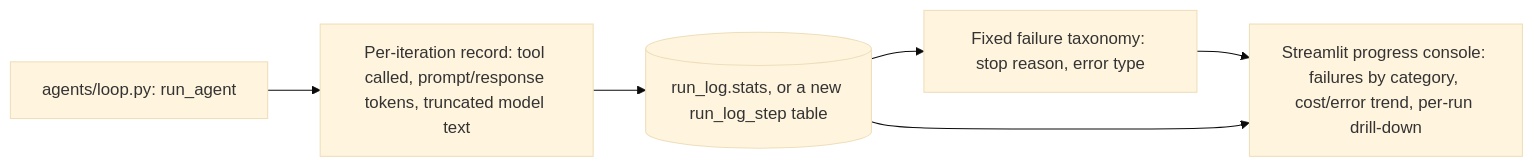
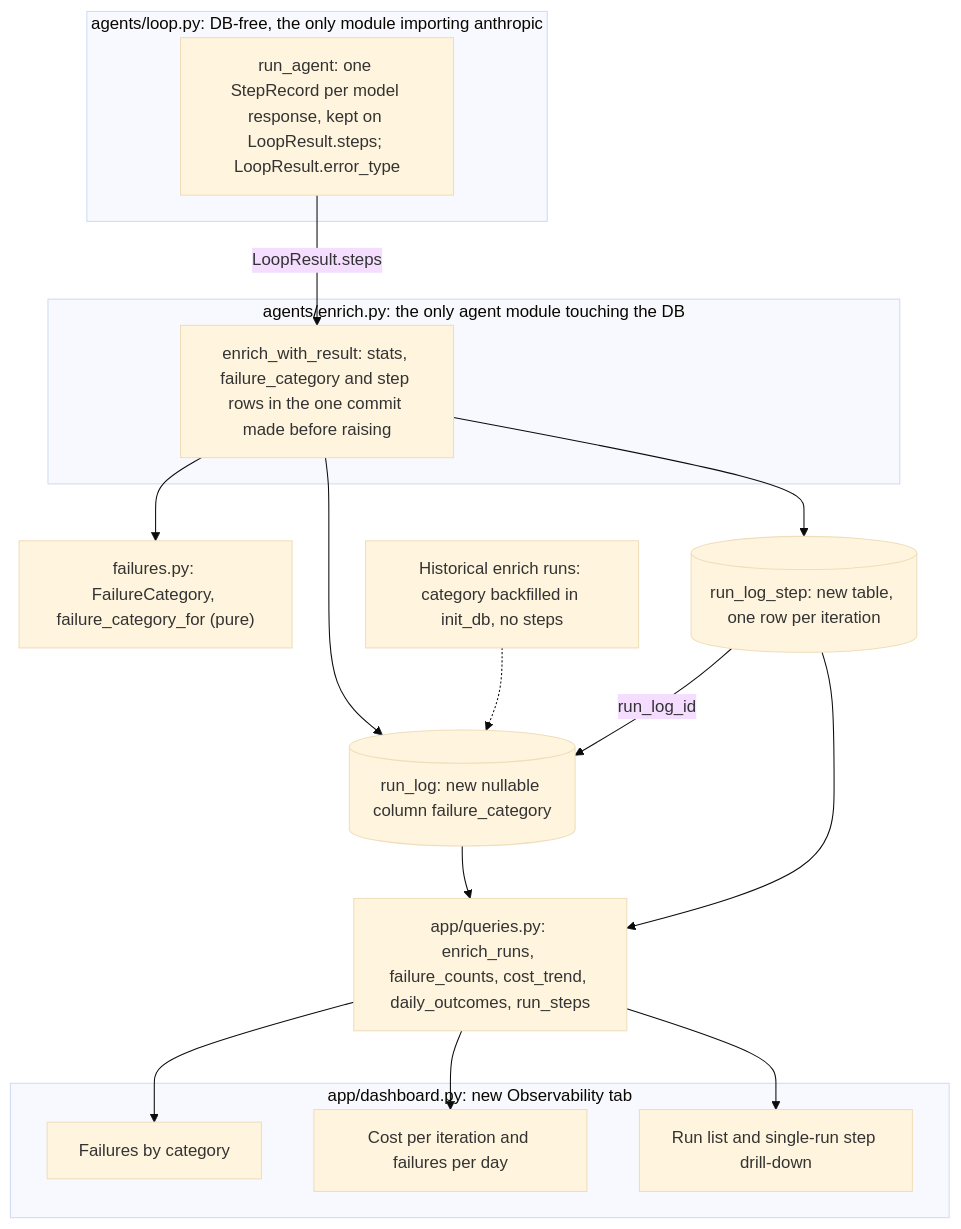
One commit to Farzaanee/sprout changed the fourth of 14 diagrams in docs/architecture.md. Above: the diagram before and after it, drawn with Mermaid (base theme). The commit also changed other lines of this file and 1 other file, not shown here.

Commit message:
update architecture.md for phase 3 - Observability

````diff
--- a/docs/architecture.md
+++ b/docs/architecture.md
@@ -151,13 +151,30 @@
 ```mermaid
-flowchart LR
-    LOOP["agents/loop.py: run_agent"]
-    STEP["Per-iteration record: tool called, prompt/response tokens, truncated model text"]
-    RL[("run_log.stats, or a new run_log_step table")]
-    TAX["Fixed failure taxonomy: stop reason, error type"]
-    UI["Streamlit progress console: failures by category, cost/error trend, per-run drill-down"]
-    LOOP --> STEP
-    STEP --> RL
-    RL --> TAX
-    TAX --> UI
-    RL --> UI
+flowchart TB
+    subgraph LOOPM["agents/loop.py: DB-free, the only module importing anthropic"]
+        RUN["run_agent: one StepRecord per model response, kept on LoopResult.steps; LoopResult.error_type"]
+    end
+    subgraph ENRM["agents/enrich.py: the only agent module touching the DB"]
+        WIRE["enrich_with_result: stats, failure_category and step rows in the one commit made before raising"]
+    end
+    FAIL["failures.py: FailureCategory, failure_category_for (pure)"]
+    LRUN[("run_log: new nullable column failure_category")]
+    LSTEP[("run_log_step: new table, one row per iteration")]
+    HIST["Historical enrich runs: category backfilled in init_db, no steps"]
+    Q["app/queries.py: enrich_runs, failure_counts, cost_trend, daily_outcomes, run_steps"]
+    subgraph UI["app/dashboard.py: new Observability tab"]
+        V1["Failures by category"]
+        V2["Cost per iteration and failures per day"]
+        V3["Run list and single-run step drill-down"]
+    end
+    RUN -- "LoopResult.steps" --> WIRE
+    WIRE --> FAIL
+    WIRE --> LRUN
+    WIRE --> LSTEP
+    LSTEP -- "run_log_id" --> LRUN
+    HIST -.-> LRUN
+    LRUN --> Q
+    LSTEP --> Q
+    Q --> V1
+    Q --> V2
+    Q --> V3
 ```
````
